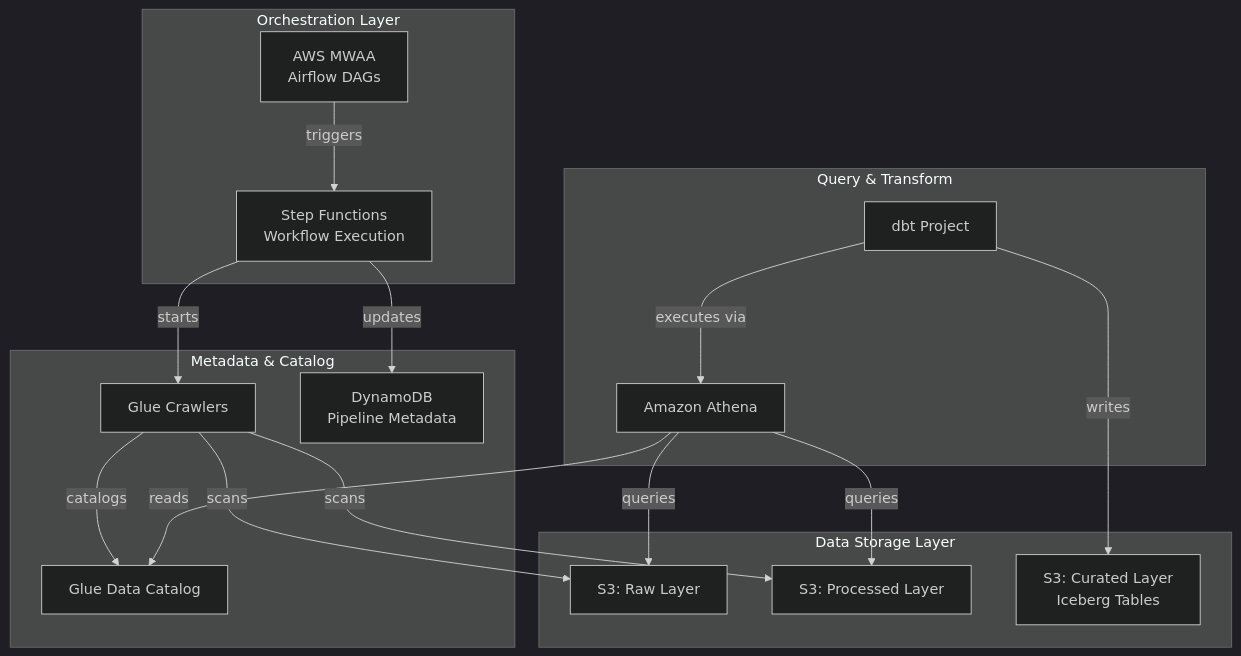
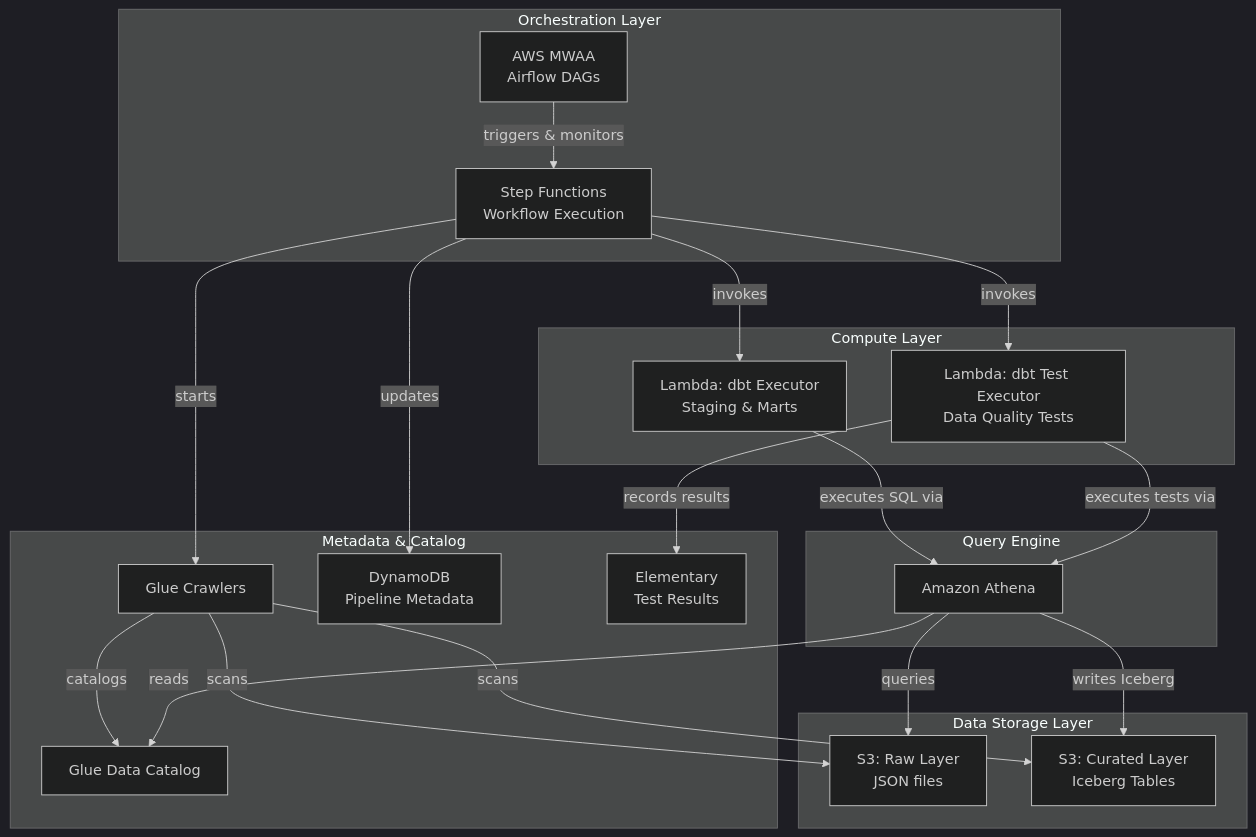
Before and after one commit to RedOakStrategic/aws-sample-airflow-dbt: the diagram in README.md, drawn with Mermaid (dark theme). The commit also changed other lines of this file and 14 other files, not shown here.

First line of the commit message:
feat: Complete Lambda+Athena dbt pipeline with Elementary integration

````diff
--- a/README.md
+++ b/README.md
@@ -7,37 +7,44 @@
 ```mermaid
 graph TB
     subgraph "Orchestration Layer"
         MWAA[AWS MWAA<br/>Airflow DAGs]
         SF[Step Functions<br/>Workflow Execution]
     end
     
+    subgraph "Compute Layer"
+        LambdaDBT[Lambda: dbt Executor<br/>Staging & Marts]
+        LambdaTest[Lambda: dbt Test Executor<br/>Data Quality Tests]
+    end
+    
     subgraph "Data Storage Layer"
-        S3Raw[S3: Raw Layer]
-        S3Proc[S3: Processed Layer]
+        S3Raw[S3: Raw Layer<br/>JSON files]
         S3Cur[S3: Curated Layer<br/>Iceberg Tables]
     end
     
     subgraph "Metadata & Catalog"
         Glue[Glue Data Catalog]
         Crawler[Glue Crawlers]
         DDB[DynamoDB<br/>Pipeline Metadata]
+        Elementary[Elementary<br/>Test Results]
     end
     
-    subgraph "Query & Transform"
+    subgraph "Query Engine"
         Athena[Amazon Athena]
-        dbt[dbt Project]
     end
     
-    MWAA -->|triggers| SF
+    MWAA -->|triggers & monitors| SF
     SF -->|starts| Crawler
+    SF -->|invokes| LambdaDBT
+    SF -->|invokes| LambdaTest
     SF -->|updates| DDB
     Crawler -->|catalogs| Glue
     Crawler -->|scans| S3Raw
-    Crawler -->|scans| S3Proc
+    Crawler -->|scans| S3Cur
     
-    dbt -->|executes via| Athena
+    LambdaDBT -->|executes SQL via| Athena
+    LambdaTest -->|executes tests via| Athena
+    LambdaTest -->|records results| Elementary
     Athena -->|reads| Glue
     Athena -->|queries| S3Raw
-    Athena -->|queries| S3Proc
-    dbt -->|writes| S3Cur
+    Athena -->|writes Iceberg| S3Cur
 ```
````
